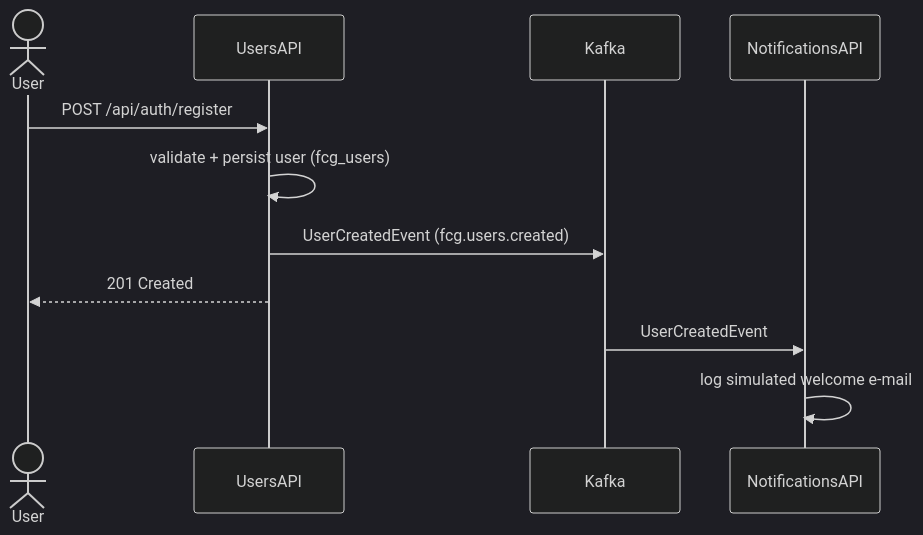
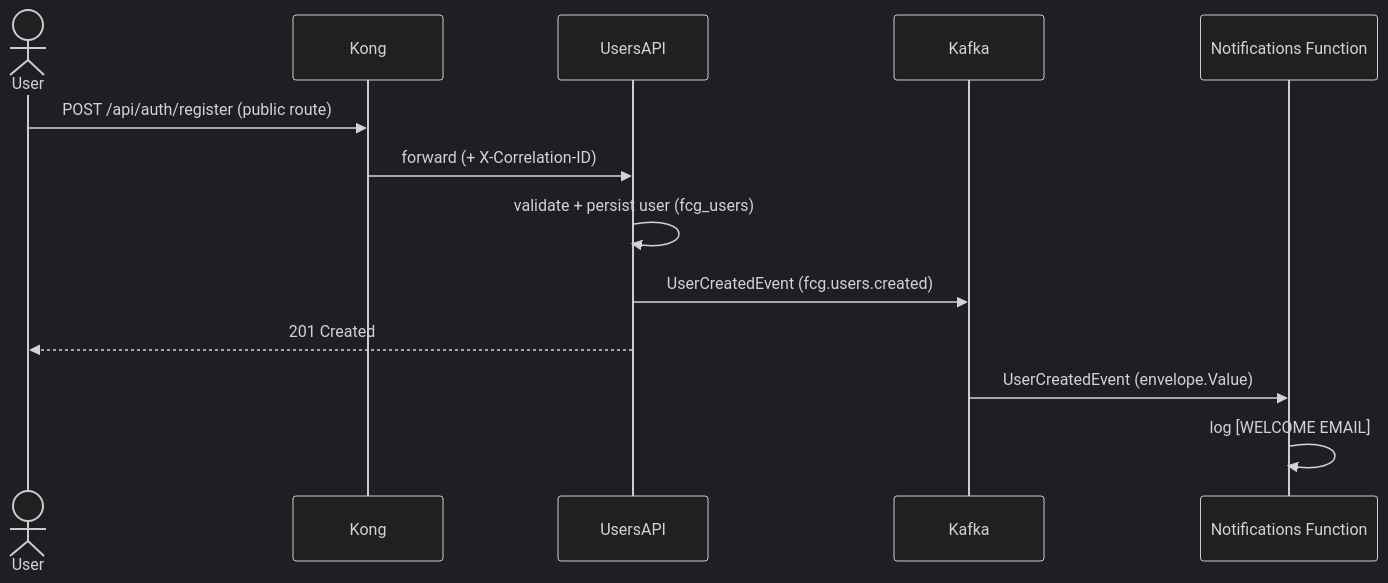
Before and after one commit to allanmoraesprado/fiap-cloud-games-orchestration: the first of 3 diagrams in docs/event-flows.md, drawn with Mermaid (dark theme). The commit also changed other lines of this file and 11 other files, not shown here.

````diff
--- a/docs/event-flows.md
+++ b/docs/event-flows.md
@@ -23,13 +25,15 @@
 ```mermaid
 sequenceDiagram
   actor User
+  participant G as Kong
   participant U as UsersAPI
   participant K as Kafka
-  participant N as NotificationsAPI
-  User->>U: POST /api/auth/register
+  participant F as Notifications Function
+  User->>G: POST /api/auth/register (public route)
+  G->>U: forward (+ X-Correlation-ID)
   U->>U: validate + persist user (fcg_users)
   U->>K: UserCreatedEvent (fcg.users.created)
   U-->>User: 201 Created
-  K->>N: UserCreatedEvent
-  N->>N: log simulated welcome e-mail
+  K->>F: UserCreatedEvent (envelope.Value)
+  F->>F: log [WELCOME EMAIL]
 ```
````
